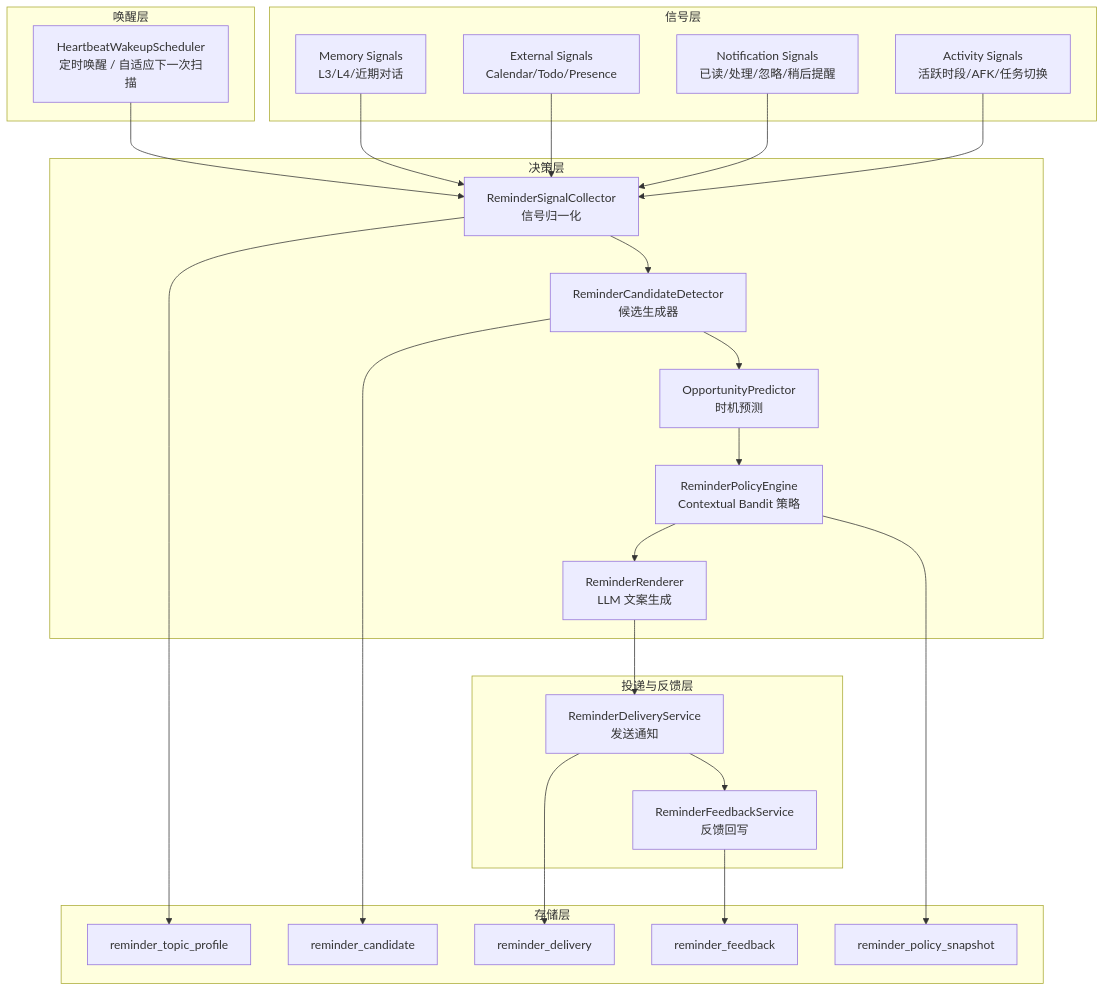
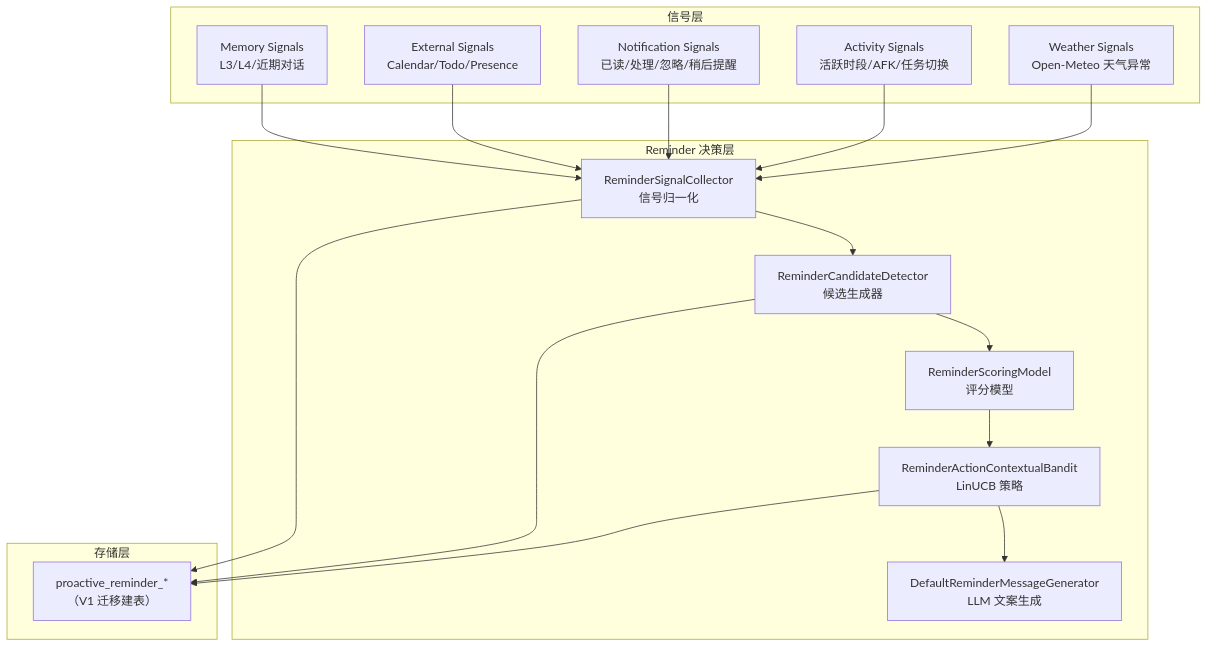
One commit to ntygod/LifePilot changed the second of 2 diagrams in docs/architecture/proactive-reminder-engine.md. Above: the diagram before and after it, drawn with Mermaid. The commit also changed other lines of this file and 138 other files, not shown here.

````diff
--- a/docs/architecture/proactive-reminder-engine.md
+++ b/docs/architecture/proactive-reminder-engine.md
@@ -87,51 +173,35 @@
 ```mermaid
 graph TB
-    subgraph "唤醒层"
-        WAKE["HeartbeatWakeupScheduler<br/>定时唤醒 / 自适应下一次扫描"]
-    end
-
     subgraph "信号层"
         MEM["Memory Signals<br/>L3/L4/近期对话"]
         EXT["External Signals<br/>Calendar/Todo/Presence"]
         NOTI["Notification Signals<br/>已读/处理/忽略/稍后提醒"]
         ACT["Activity Signals<br/>活跃时段/AFK/任务切换"]
+        WEATHER["Weather Signals<br/>Open-Meteo 天气异常"]
     end
 
-    subgraph "决策层"
+    subgraph "Reminder 决策层"
         COLLECT["ReminderSignalCollector<br/>信号归一化"]
         DETECT["ReminderCandidateDetector<br/>候选生成器"]
-        PREDICT["OpportunityPredictor<br/>时机预测"]
-        POLICY["ReminderPolicyEngine<br/>Contextual Bandit 策略"]
-        RENDER["ReminderRenderer<br/>LLM 文案生成"]
-    end
-
-    subgraph "投递与反馈层"
-        DELIVERY["ReminderDeliveryService<br/>发送通知"]
-        FEEDBACK["ReminderFeedbackService<br/>反馈回写"]
+        PREDICT["ReminderScoringModel<br/>评分模型"]
+        POLICY["ReminderActionContextualBandit<br/>LinUCB 策略"]
+        RENDER["DefaultReminderMessageGenerator<br/>LLM 文案生成"]
     end
 
     subgraph "存储层"
-        DB1["reminder_topic_profile"]
-        DB2["reminder_candidate"]
-        DB3["reminder_delivery"]
-        DB4["reminder_feedback"]
-        DB5["reminder_policy_snapshot"]
+        DB1["proactive_reminder_*<br/>（V1 迁移建表）"]
     end
 
-    WAKE --> COLLECT
     MEM --> COLLECT
     EXT --> COLLECT
     NOTI --> COLLECT
     ACT --> COLLECT
+    WEATHER --> COLLECT
     COLLECT --> DETECT
     DETECT --> PREDICT
     PREDICT --> POLICY
     POLICY --> RENDER
-    RENDER --> DELIVERY
-    DELIVERY --> FEEDBACK
     COLLECT --> DB1
-    DETECT --> DB2
-    DELIVERY --> DB3
-    FEEDBACK --> DB4
-    POLICY --> DB5
+    DETECT --> DB1
+    POLICY --> DB1
 ```
````
